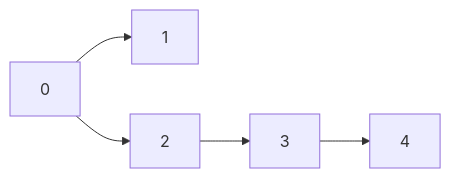
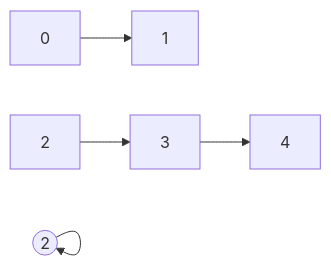
Before and after one commit to sunpenta/LEETCODE: the diagram in BFS/largestPathValue.md, drawn with Mermaid.

Commit message:
May 5, 2023, 4:01 PM

````diff
--- a/BFS/largestPathValue.md
+++ b/BFS/largestPathValue.md
@@ -1,7 +1,7 @@
 ```mermaid
     graph LR
-    0 --> 2
+    D((0)) --> D((2))
     2-->3
-    3-->4
+    3-->4  
     0-->1
 ```
````
